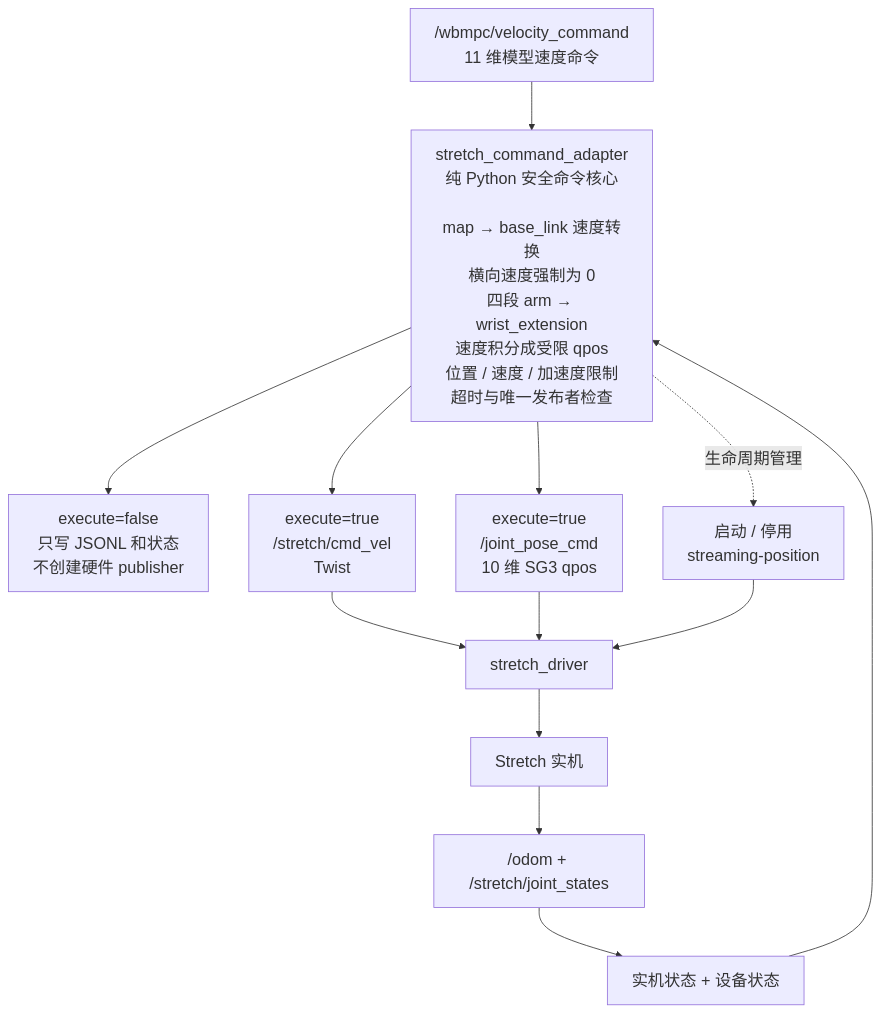
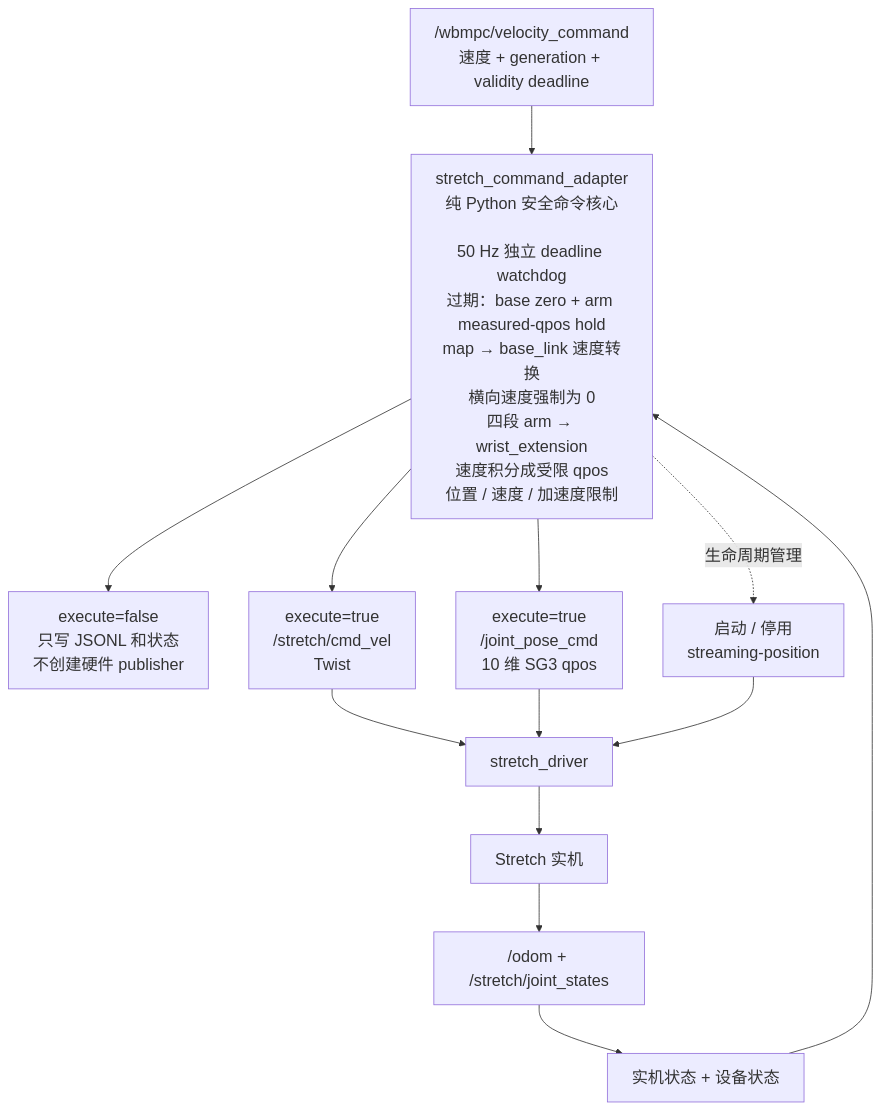
The second of 2 diagrams in real deploy.md (stateirving/mobile_manipulation), drawn with Mermaid before and after one commit. The commit also changed other lines of this file and 7 other files, not shown here.

````diff
--- a/real deploy.md
+++ b/real deploy.md
@@ -47,27 +50,27 @@
 ```mermaid
 %%{init: {"themeVariables": {"fontSize": "20px"}, "flowchart": {"useMaxWidth": true, "nodeSpacing": 50, "rankSpacing": 60}}}%%
 flowchart TB
-    CMD["/wbmpc/velocity_command<br/>11 维模型速度命令"]
+    CMD["/wbmpc/velocity_command<br/>速度 + generation + validity deadline"]
     STATE["实机状态 + 设备状态"]
-    SAFE["stretch_command_adapter<br/>纯 Python 安全命令核心<br/><br/>map → base_link 速度转换<br/>横向速度强制为 0<br/>四段 arm → wrist_extension<br/>速度积分成受限 qpos<br/>位置 / 速度 / 加速度限制<br/>超时与唯一发布者检查"]
+    SAFE["stretch_command_adapter<br/>纯 Python 安全命令核心<br/><br/>50 Hz 独立 deadline watchdog<br/>过期：base zero + arm measured-qpos hold<br/>map → base_link 速度转换<br/>横向速度强制为 0<br/>四段 arm → wrist_extension<br/>速度积分成受限 qpos<br/>位置 / 速度 / 加速度限制"]
     SHADOW["execute=false<br/>只写 JSONL 和状态<br/>不创建硬件 publisher"]
     TWIST["execute=true<br/>/stretch/cmd_vel<br/>Twist"]
     QPOS["execute=true<br/>/joint_pose_cmd<br/>10 维 SG3 qpos"]
     STREAM["启动 / 停用<br/>streaming-position"]
     DRIVER["stretch_driver"]
     ROBOT["Stretch 实机"]
     FEEDBACK["/odom + /stretch/joint_states"]
 
     CMD --> SAFE
     STATE --> SAFE
     SAFE --> SHADOW
     SAFE --> TWIST
     SAFE --> QPOS
     SAFE -. 生命周期管理 .-> STREAM
     TWIST --> DRIVER
     QPOS --> DRIVER
     STREAM --> DRIVER
     DRIVER --> ROBOT
     ROBOT --> FEEDBACK
     FEEDBACK --> STATE
 ```
````
